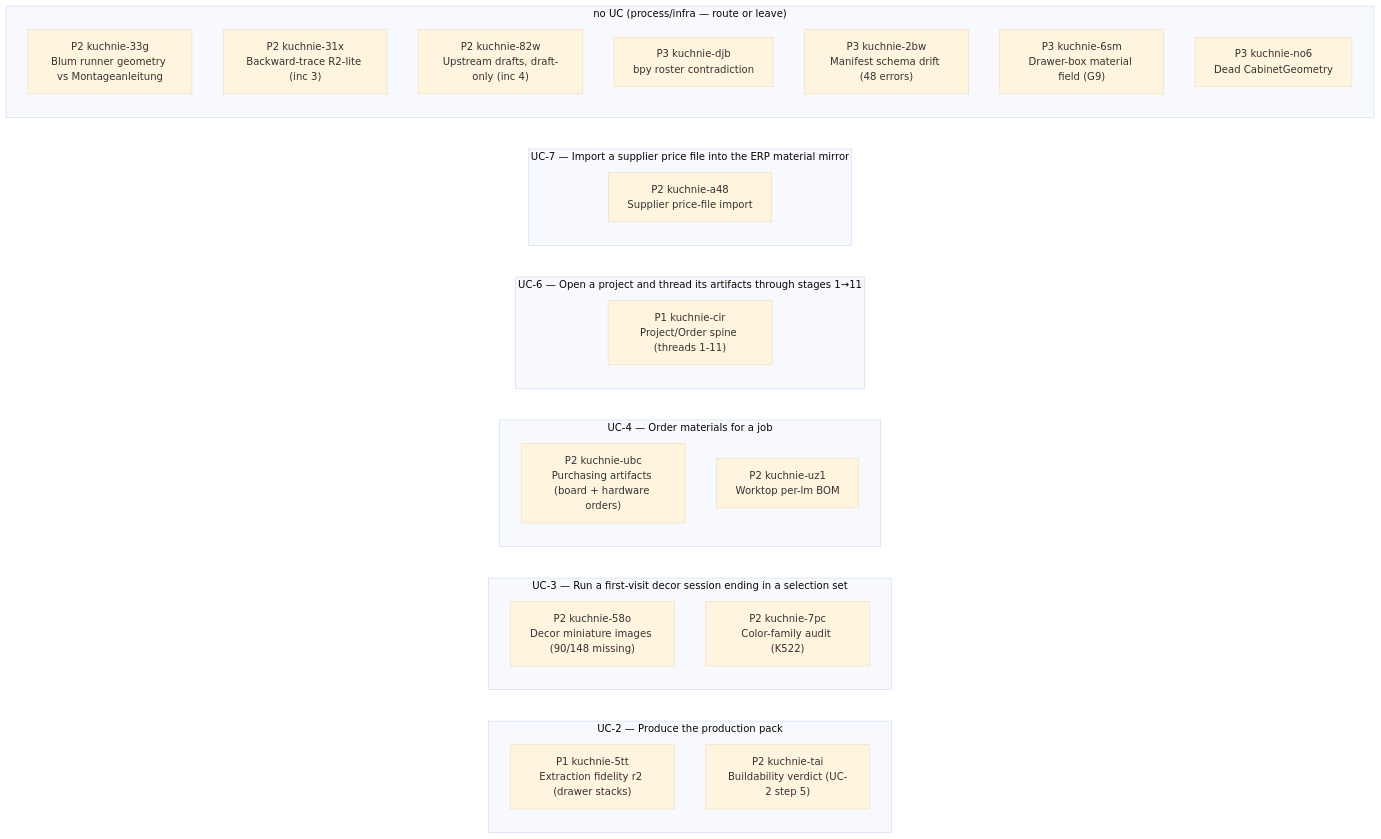
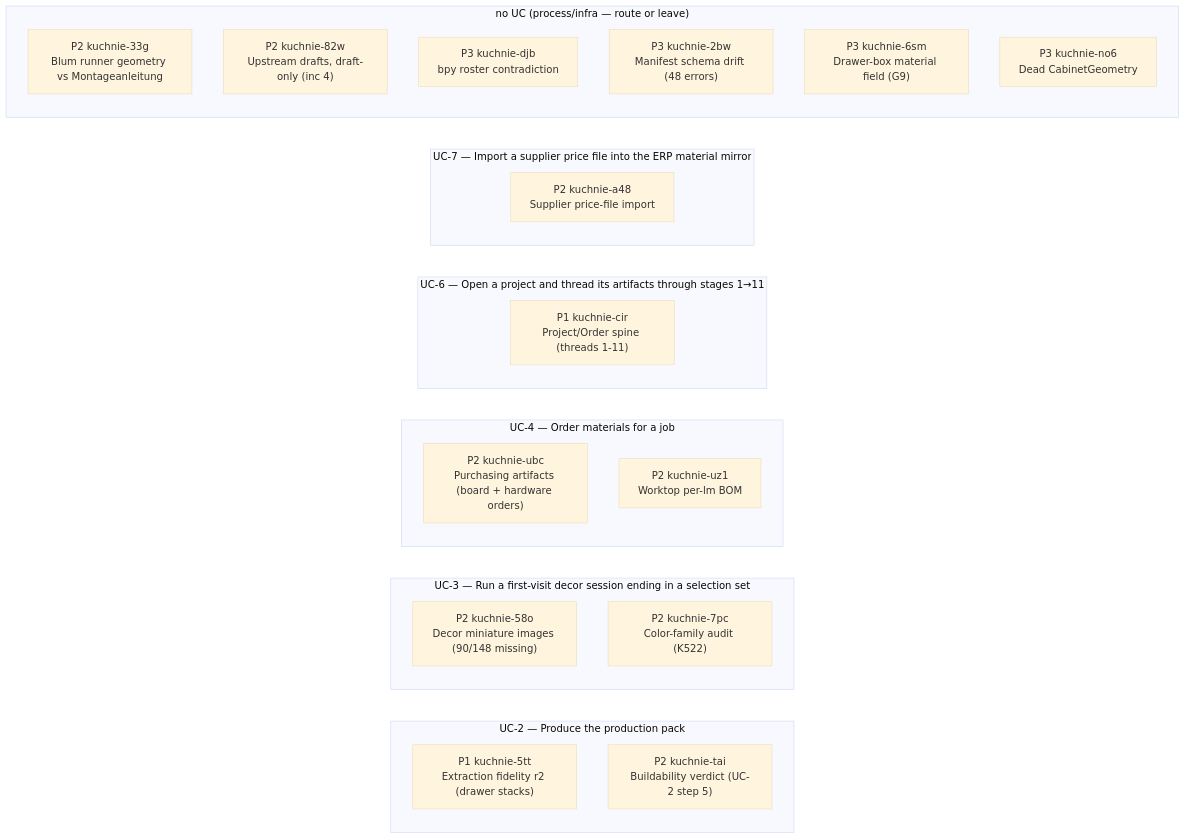
The second of 2 diagrams in STATUS.md (m1981/kuchnie), drawn with Mermaid (base theme) before and after one commit. The commit also changed other lines of this file and 8 other files, not shown here.

First line of the commit message:
trace: backward-trace slice R2-lite (wk-9fb28a32, inc 3)

````diff
--- a/STATUS.md
+++ b/STATUS.md
@@ -84,30 +83,29 @@
 ```mermaid
 flowchart LR
     subgraph gUC_2 ["UC-2 — Produce the production pack"]
         u_kuchnie_5tt["P1 kuchnie-5tt<br/>Extraction fidelity r2 (drawer stacks)"]
         u_kuchnie_tai["P2 kuchnie-tai<br/>Buildability verdict (UC-2 step 5)"]
     end
     subgraph gUC_3 ["UC-3 — Run a first-visit decor session ending in a selection set"]
         u_kuchnie_58o["P2 kuchnie-58o<br/>Decor miniature images (90/148 missing)"]
         u_kuchnie_7pc["P2 kuchnie-7pc<br/>Color-family audit (K522)"]
     end
     subgraph gUC_4 ["UC-4 — Order materials for a job"]
         u_kuchnie_ubc["P2 kuchnie-ubc<br/>Purchasing artifacts (board + hardware orders)"]
         u_kuchnie_uz1["P2 kuchnie-uz1<br/>Worktop per-lm BOM"]
     end
     subgraph gUC_6 ["UC-6 — Open a project and thread its artifacts through stages 1→11"]
         u_kuchnie_cir["P1 kuchnie-cir<br/>Project/Order spine (threads 1-11)"]
     end
     subgraph gUC_7 ["UC-7 — Import a supplier price file into the ERP material mirror"]
         u_kuchnie_a48["P2 kuchnie-a48<br/>Supplier price-file import"]
     end
     subgraph g_none ["no UC (process/infra — route or leave)"]
         u_kuchnie_33g["P2 kuchnie-33g<br/>Blum runner geometry vs Montageanleitung"]
-        u_kuchnie_31x["P2 kuchnie-31x<br/>Backward-trace R2-lite (inc 3)"]
         u_kuchnie_82w["P2 kuchnie-82w<br/>Upstream drafts, draft-only (inc 4)"]
         u_kuchnie_djb["P3 kuchnie-djb<br/>bpy roster contradiction"]
         u_kuchnie_2bw["P3 kuchnie-2bw<br/>Manifest schema drift (48 errors)"]
         u_kuchnie_6sm["P3 kuchnie-6sm<br/>Drawer-box material field (G9)"]
         u_kuchnie_no6["P3 kuchnie-no6<br/>Dead CabinetGeometry"]
     end
 ```
````
